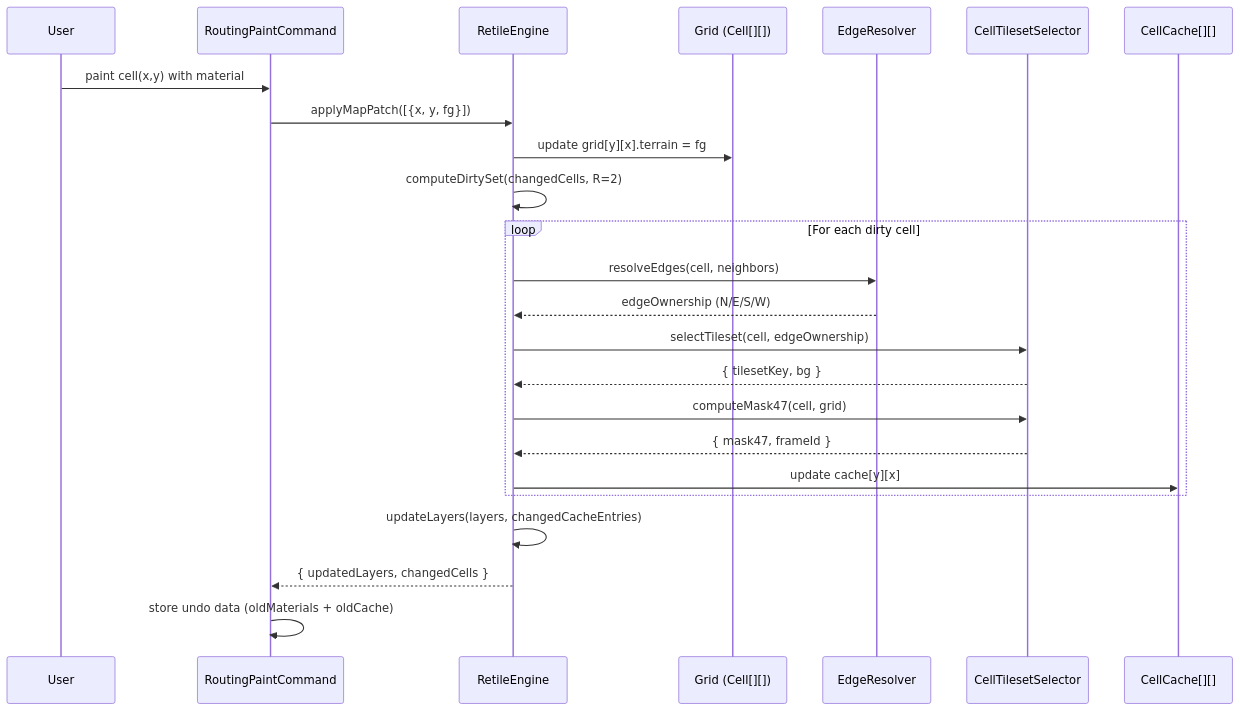
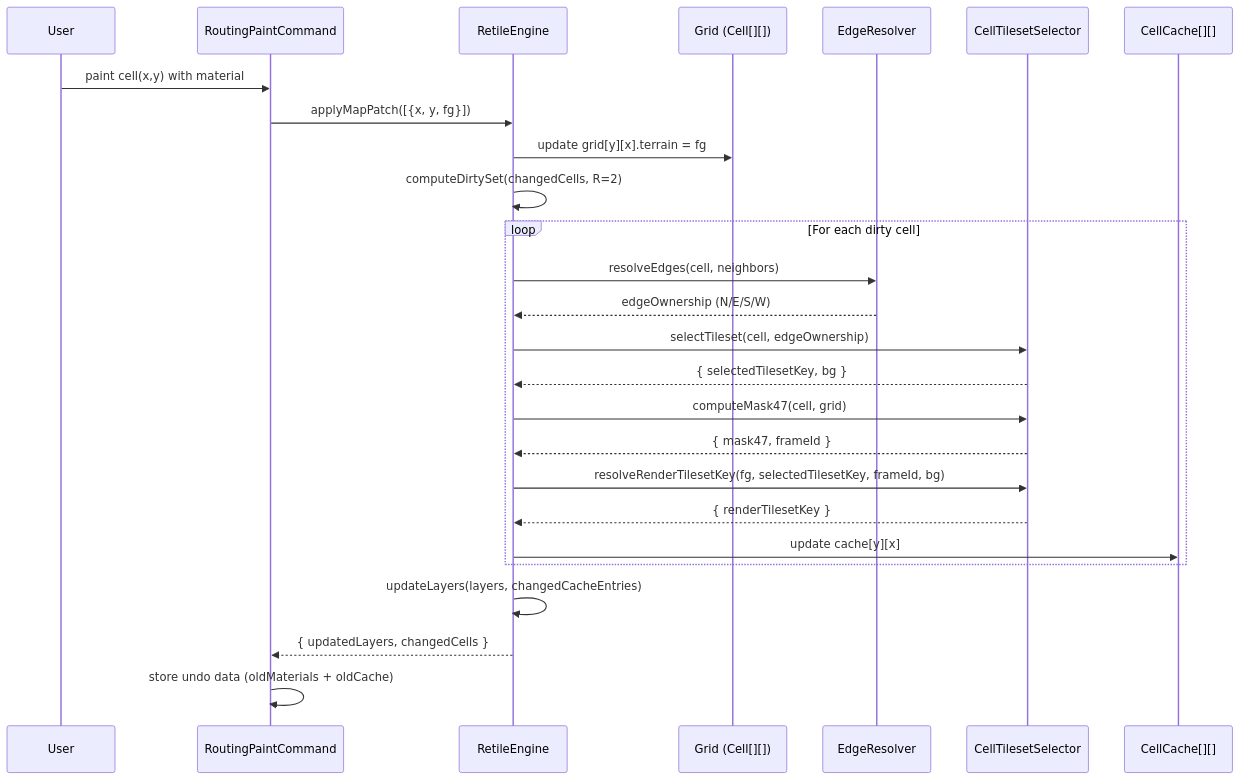
One commit to tundraray/nookstead changed the second of 2 diagrams in docs/design/design-015-autotile-routing-system.md. Above: the diagram before and after it, drawn with Mermaid. The commit also changed other lines of this file and 44 other files, not shown here.

````diff
--- a/docs/design/design-015-autotile-routing-system.md
+++ b/docs/design/design-015-autotile-routing-system.md
@@ -377,29 +425,31 @@
 ```mermaid
 sequenceDiagram
     participant User
     participant Command as RoutingPaintCommand
     participant Engine as RetileEngine
     participant Grid as Grid (Cell[][])
     participant ER as EdgeResolver
     participant CTS as CellTilesetSelector
     participant Cache as CellCache[][]
 
     User->>Command: paint cell(x,y) with material
     Command->>Engine: applyMapPatch([{x, y, fg}])
     Engine->>Grid: update grid[y][x].terrain = fg
     Engine->>Engine: computeDirtySet(changedCells, R=2)
 
     loop For each dirty cell
         Engine->>ER: resolveEdges(cell, neighbors)
         ER-->>Engine: edgeOwnership (N/E/S/W)
         Engine->>CTS: selectTileset(cell, edgeOwnership)
-        CTS-->>Engine: { tilesetKey, bg }
+        CTS-->>Engine: { selectedTilesetKey, bg }
         Engine->>CTS: computeMask47(cell, grid)
         CTS-->>Engine: { mask47, frameId }
+        Engine->>CTS: resolveRenderTilesetKey(fg, selectedTilesetKey, frameId, bg)
+        CTS-->>Engine: { renderTilesetKey }
         Engine->>Cache: update cache[y][x]
     end
 
     Engine->>Engine: updateLayers(layers, changedCacheEntries)
     Engine-->>Command: { updatedLayers, changedCells }
     Command->>Command: store undo data (oldMaterials + oldCache)
 ```
````
